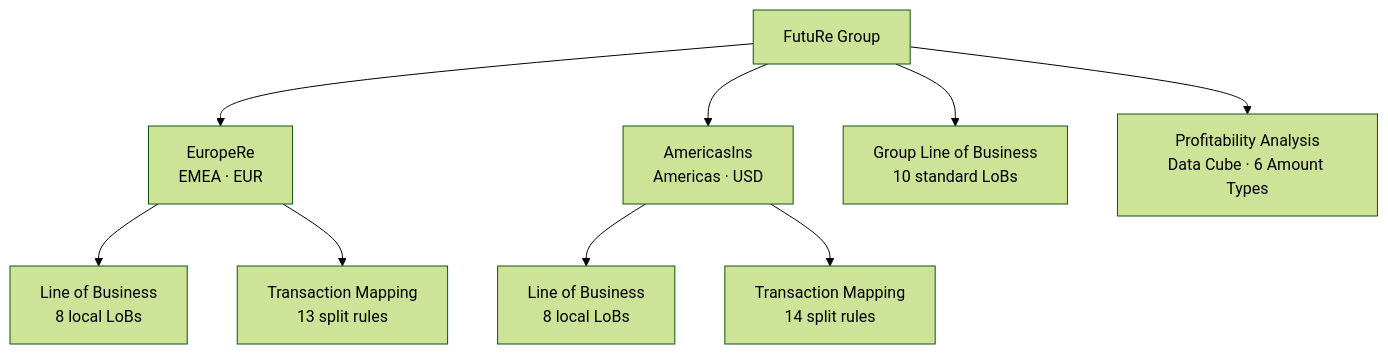
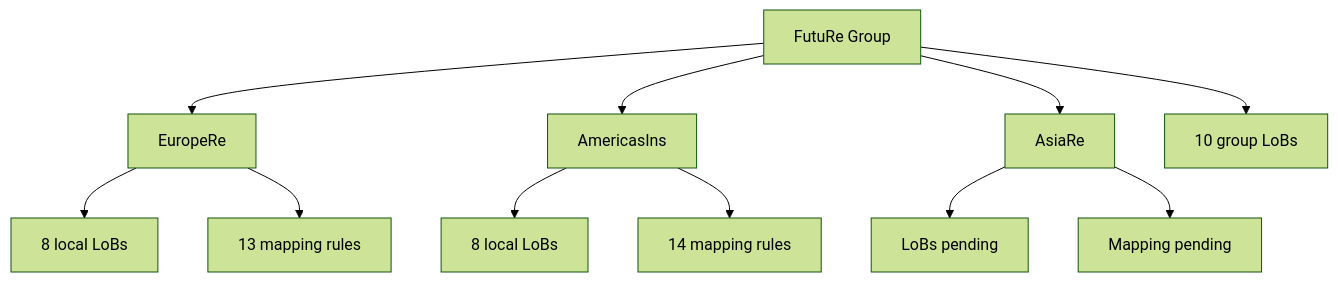
Before and after one commit to Systemorph/MeshWeaver: the first of 2 diagrams in samples/Graph/Data/FutuRe/index.md, drawn with Mermaid (forest theme). The commit also changed other lines of this file and 73 other files, not shown here.

````diff
--- a/samples/Graph/Data/FutuRe/index.md
+++ b/samples/Graph/Data/FutuRe/index.md
@@ -13,25 +13,28 @@
 ```mermaid
 graph TD
-    G["FutuRe Group"]
+    G[FutuRe Group]
 
-    G --> EUR["EuropeRe<br/>EMEA · EUR"]
-    G --> AME["AmericasIns<br/>Americas · USD"]
+    G --> EUR[EuropeRe]
+    G --> AME[AmericasIns]
+    G --> ASIA[AsiaRe]
 
-    EUR --> EUR_LOB["Line of Business<br/>8 local LoBs"]
-    EUR --> EUR_MAP["Transaction Mapping<br/>13 split rules"]
+    EUR --> EUR_LOB[8 local LoBs]
+    EUR --> EUR_MAP[13 mapping rules]
 
-    AME --> AME_LOB["Line of Business<br/>8 local LoBs"]
-    AME --> AME_MAP["Transaction Mapping<br/>14 split rules"]
+    AME --> AME_LOB[8 local LoBs]
+    AME --> AME_MAP[14 mapping rules]
 
-    G --> G_LOB["Group Line of Business<br/>10 standard LoBs"]
-    G --> G_ANALYSIS["Profitability Analysis<br/>Data Cube · 6 Amount Types"]
+    ASIA --> ASIA_LOB[LoBs pending]
+    ASIA --> ASIA_MAP[Mapping pending]
+
+    G --> G_LOB[10 group LoBs]
 
     click EUR "FutuRe/EuropeRe"
     click AME "FutuRe/AmericasIns"
+    click ASIA "FutuRe/AsiaRe"
     click EUR_LOB "FutuRe/EuropeRe/LineOfBusiness/Search"
-    click EUR_MAP "FutuRe/EuropeRe/TransactionMapping/Search"
+    click EUR_MAP "FutuRe/EuropeRe/TransactionMapping/MappingRules"
     click AME_LOB "FutuRe/AmericasIns/LineOfBusiness/Search"
-    click AME_MAP "FutuRe/AmericasIns/TransactionMapping/Search"
+    click AME_MAP "FutuRe/AmericasIns/TransactionMapping/MappingRules"
     click G_LOB "FutuRe/LineOfBusiness/Search"
-    click G_ANALYSIS "FutuRe/Profitability"
 ```
````
